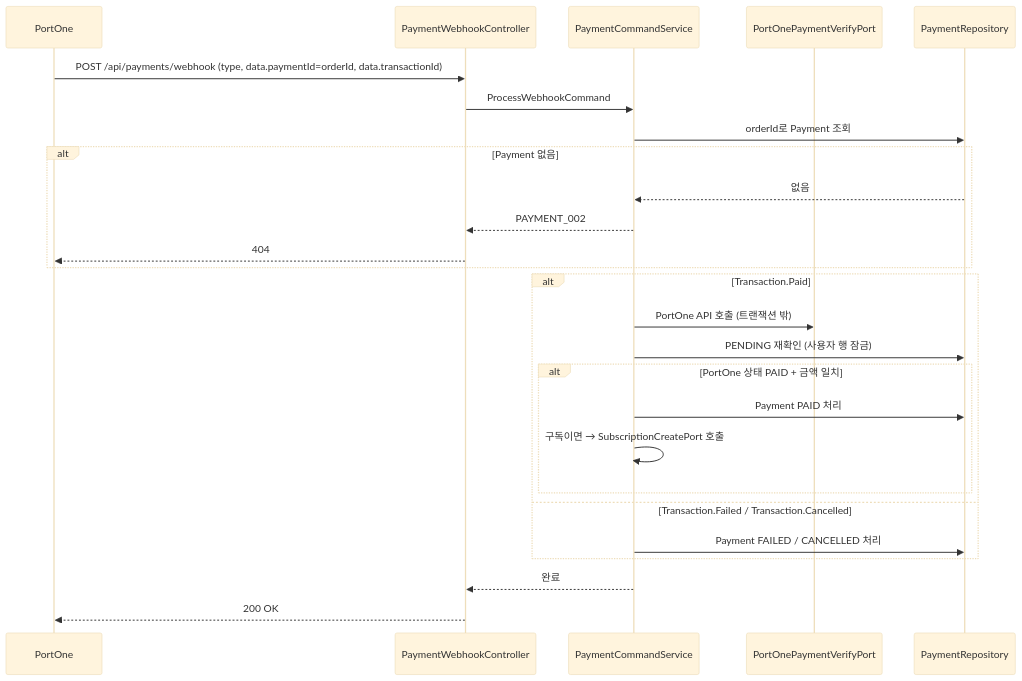
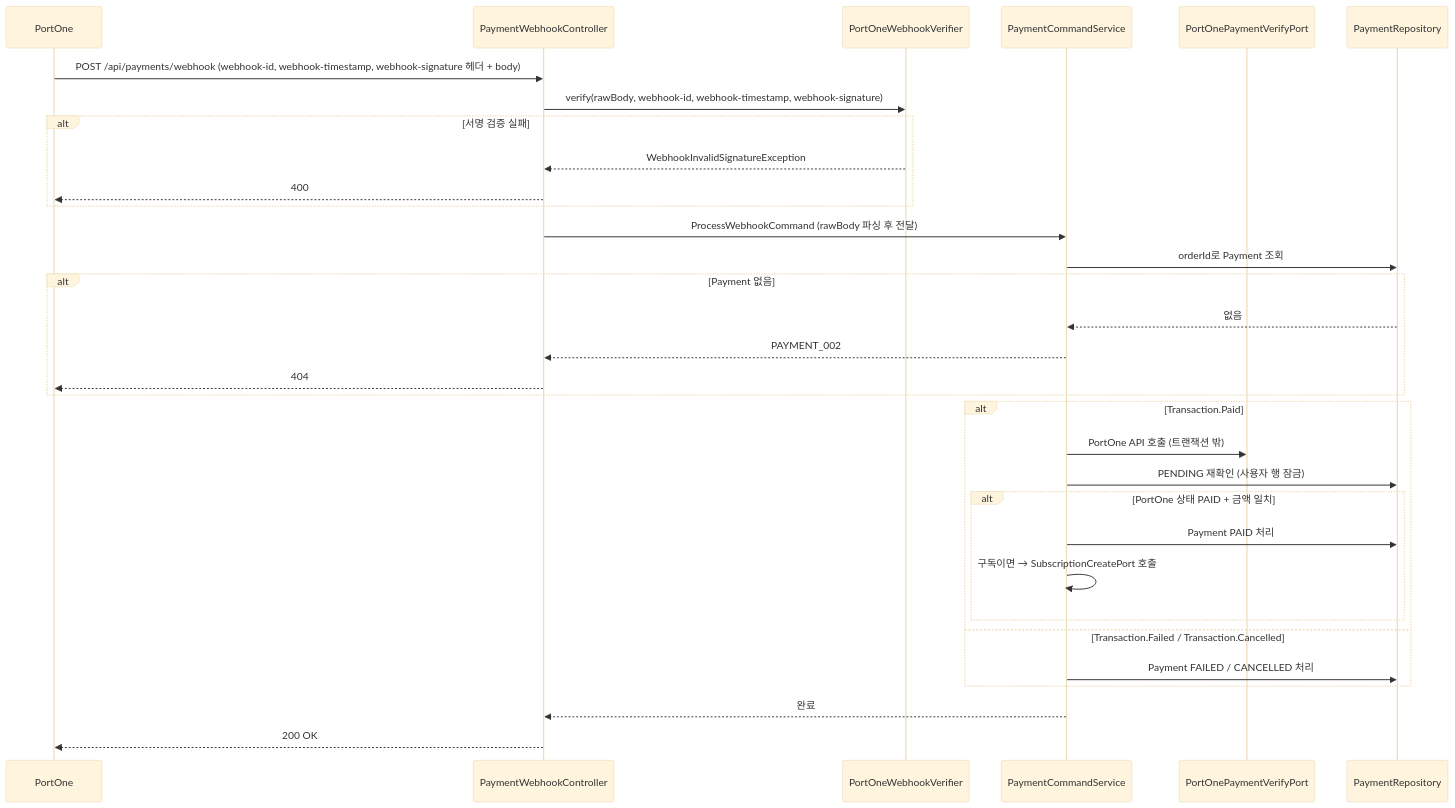
The diagram in src/main/java/com/ssambbong/gymjjak/payments/payment/docs/API_FLOW.md (SSAM-BBONG/Gym-Jjak_BE), drawn with Mermaid (base theme) before and after one commit. The commit also changed 3 other files, not shown here.

````diff
--- a/src/main/java/com/ssambbong/gymjjak/payments/payment/docs/API_FLOW.md
+++ b/src/main/java/com/ssambbong/gymjjak/payments/payment/docs/API_FLOW.md
@@ -64,29 +64,35 @@
 ```mermaid
 sequenceDiagram
     participant P as PortOne
     participant WC as PaymentWebhookController
+    participant V as PortOneWebhookVerifier
     participant S as PaymentCommandService
     participant PO as PortOnePaymentVerifyPort
     participant DB as PaymentRepository
 
-    P->>WC: POST /api/payments/webhook (type, data.paymentId=orderId, data.transactionId)
-    WC->>S: ProcessWebhookCommand
+    P->>WC: POST /api/payments/webhook (webhook-id, webhook-timestamp, webhook-signature 헤더 + body)
+    WC->>V: verify(rawBody, webhook-id, webhook-timestamp, webhook-signature)
+    alt 서명 검증 실패
+        V-->>WC: WebhookInvalidSignatureException
+        WC-->>P: 400
+    end
+    WC->>S: ProcessWebhookCommand (rawBody 파싱 후 전달)
     S->>DB: orderId로 Payment 조회
     alt Payment 없음
         DB-->>S: 없음
         S-->>WC: PAYMENT_002
         WC-->>P: 404
     end
     alt Transaction.Paid
         S->>PO: PortOne API 호출 (트랜잭션 밖)
         S->>DB: PENDING 재확인 (사용자 행 잠금)
         alt PortOne 상태 PAID + 금액 일치
             S->>DB: Payment PAID 처리
             S->>S: 구독이면 → SubscriptionCreatePort 호출
         end
     else Transaction.Failed / Transaction.Cancelled
         S->>DB: Payment FAILED / CANCELLED 처리
     end
     S-->>WC: 완료
     WC-->>P: 200 OK
 ```
````
